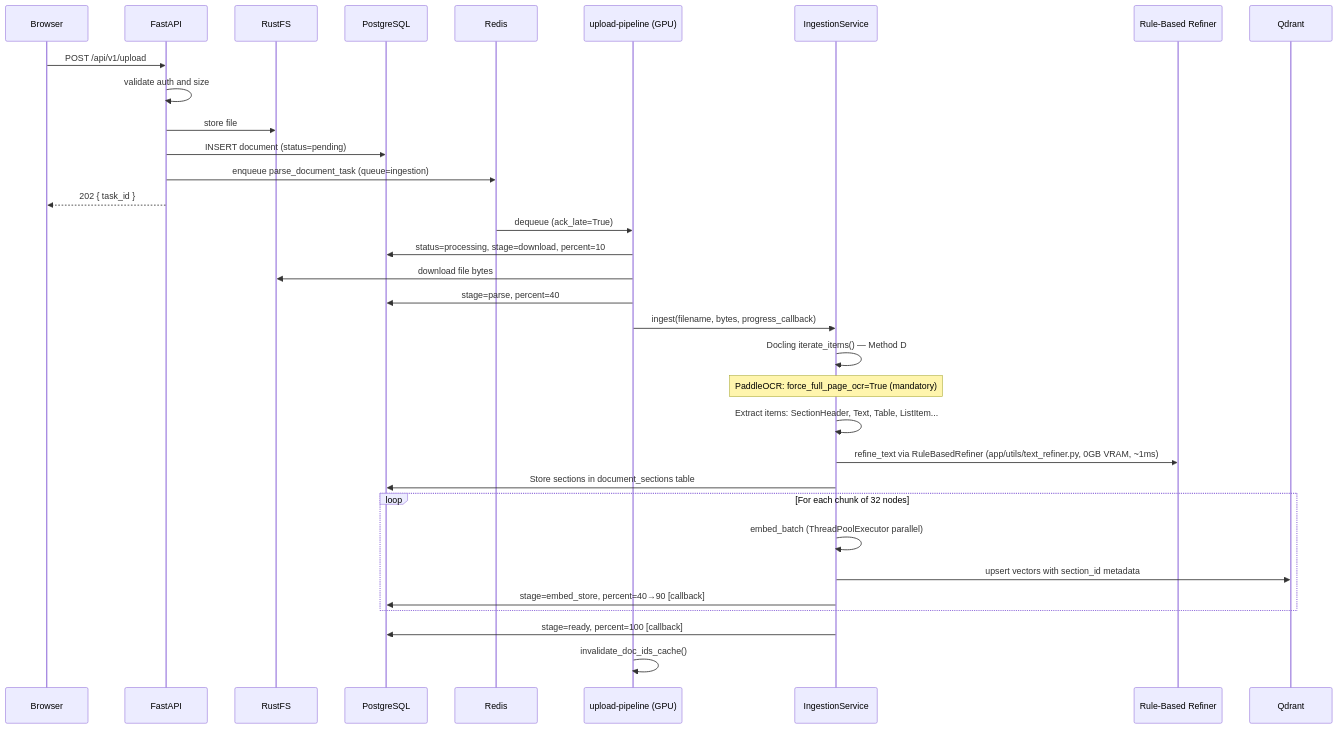
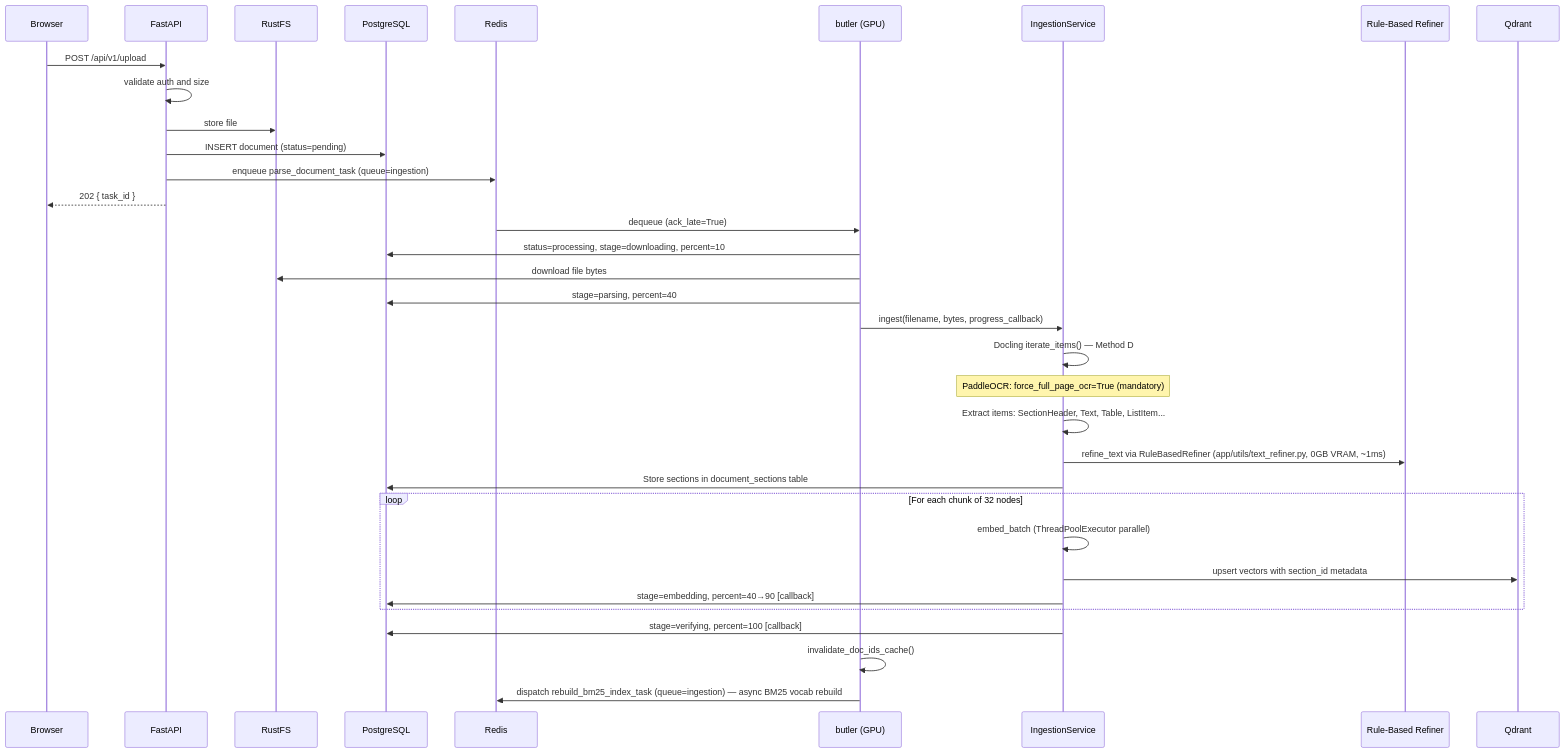
The first of 5 diagrams in docs/02_WORKFLOWS.md (qtuanph/chatbot-rag), drawn with Mermaid before and after one commit. The commit also changed other lines of this file and 50 other files, not shown here.

````diff
--- a/docs/02_WORKFLOWS.md
+++ b/docs/02_WORKFLOWS.md
@@ -7,41 +7,42 @@
 ```mermaid
 sequenceDiagram
     participant Browser
     participant API as FastAPI
     participant RustFS
     participant DB as PostgreSQL
     participant Redis
-    participant Worker as upload-pipeline (GPU)
+    participant Worker as butler (GPU)
     participant Pipeline as IngestionService
     participant Refiner as Rule-Based Refiner
     participant Qdrant
 
     Browser->>API: POST /api/v1/upload
     API->>API: validate auth and size
     API->>RustFS: store file
     API->>DB: INSERT document (status=pending)
     API->>Redis: enqueue parse_document_task (queue=ingestion)
     API-->>Browser: 202 { task_id }
 
     Redis->>Worker: dequeue (ack_late=True)
-    Worker->>DB: status=processing, stage=download, percent=10
+    Worker->>DB: status=processing, stage=downloading, percent=10
     Worker->>RustFS: download file bytes
 
-    Worker->>DB: stage=parse, percent=40
+    Worker->>DB: stage=parsing, percent=40
     Worker->>Pipeline: ingest(filename, bytes, progress_callback)
 
     Pipeline->>Pipeline: Docling iterate_items() — Method D
     Note over Pipeline: PaddleOCR: force_full_page_ocr=True (mandatory)
     Pipeline->>Pipeline: Extract items: SectionHeader, Text, Table, ListItem...
     Pipeline->>Refiner: refine_text via RuleBasedRefiner (app/utils/text_refiner.py, 0GB VRAM, ~1ms)
     Pipeline->>DB: Store sections in document_sections table
 
     loop For each chunk of 32 nodes
         Pipeline->>Pipeline: embed_batch (ThreadPoolExecutor parallel)
         Pipeline->>Qdrant: upsert vectors with section_id metadata
-        Pipeline->>DB: stage=embed_store, percent=40→90 [callback]
+        Pipeline->>DB: stage=embedding, percent=40→90 [callback]
     end
 
-    Pipeline->>DB: stage=ready, percent=100 [callback]
+    Pipeline->>DB: stage=verifying, percent=100 [callback]
     Worker->>Worker: invalidate_doc_ids_cache()
+    Worker->>Redis: dispatch rebuild_bm25_index_task (queue=ingestion) — async BM25 vocab rebuild
 ```
````
